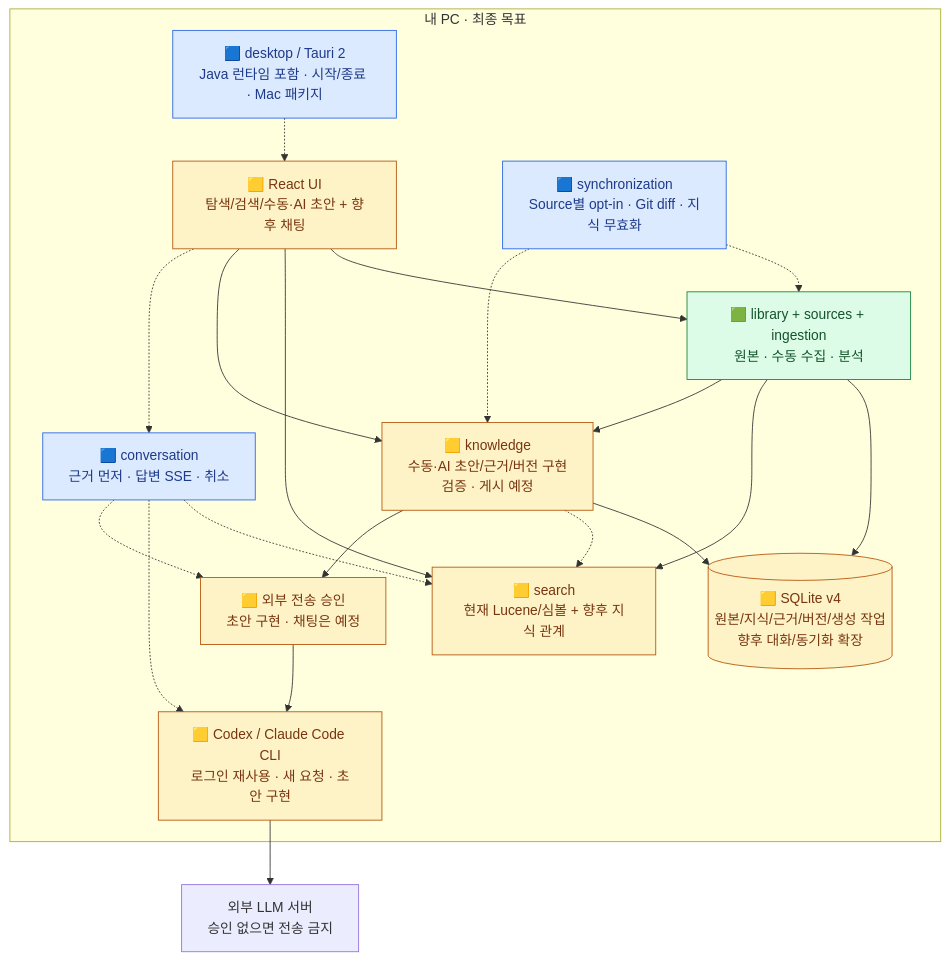
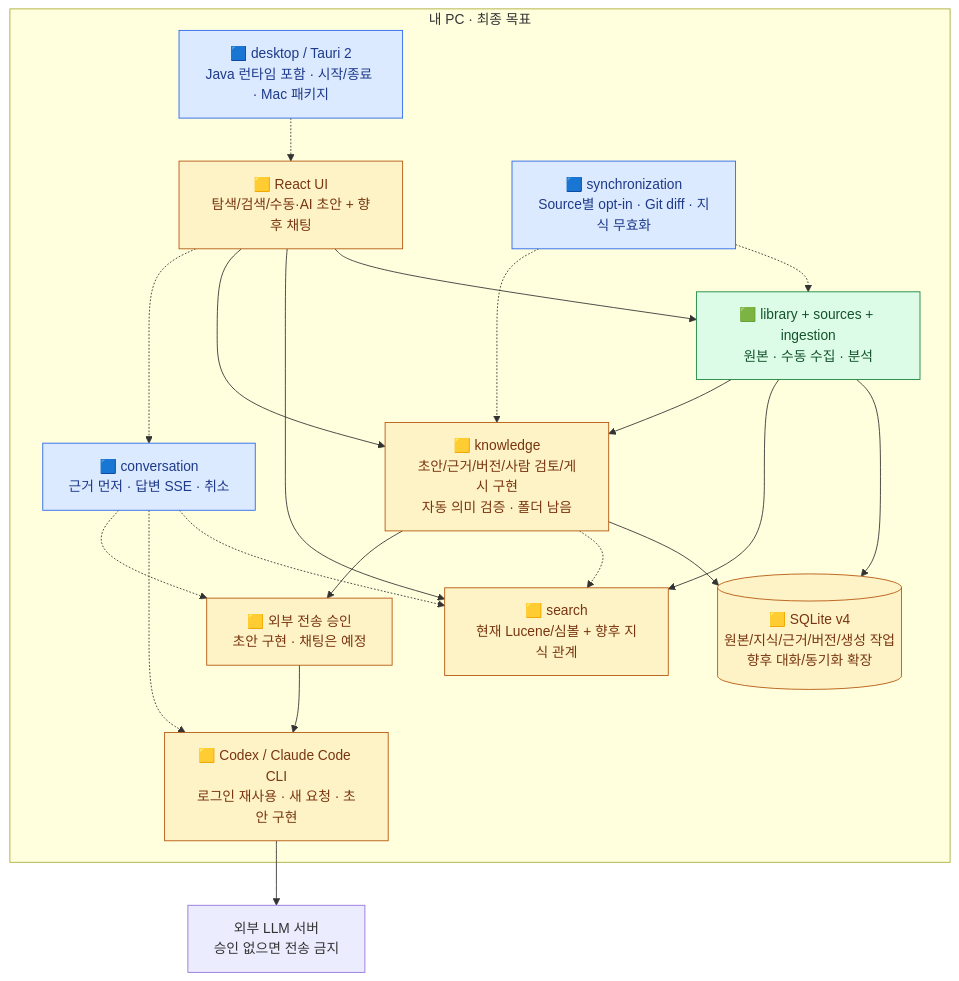
One commit to thisisnew/dougle changed the third of 5 diagrams in docs/design-map.md. Above: the diagram before and after it, drawn with Mermaid. The commit also changed other lines of this file and 24 other files, not shown here.

````diff
--- a/docs/design-map.md
+++ b/docs/design-map.md
@@ -115,39 +115,39 @@
 ```mermaid
 flowchart TB
     subgraph PC["내 PC · 최종 목표"]
         HOST["🟦 desktop / Tauri 2<br/>Java 런타임 포함 · 시작/종료 · Mac 패키지"]
         UI["🟨 React UI<br/>탐색/검색/수동·AI 초안 + 향후 채팅"]
         RAW["🟩 library + sources + ingestion<br/>원본 · 수동 수집 · 분석"]
         RET["🟨 search<br/>현재 Lucene/심볼 + 향후 지식 관계"]
-        KNOW["🟨 knowledge<br/>수동·AI 초안/근거/버전 구현<br/>검증 · 게시 예정"]
+        KNOW["🟨 knowledge<br/>초안/근거/버전/사람 검토/게시 구현<br/>자동 의미 검증 · 폴더 남음"]
         CHAT["🟦 conversation<br/>근거 먼저 · 답변 SSE · 취소"]
         SYNC["🟦 synchronization<br/>Source별 opt-in · Git diff · 지식 무효화"]
         SQL[("🟨 SQLite v4<br/>원본/지식/근거/버전/생성 작업<br/>향후 대화/동기화 확장")]
         MODEL["🟨 Codex / Claude Code CLI<br/>로그인 재사용 · 새 요청 · 초안 구현"]
         POLICY["🟨 외부 전송 승인<br/>초안 구현 · 채팅은 예정"]
         HOST -.-> UI
         UI --> RAW
         UI --> RET
         UI --> KNOW
         UI -.-> CHAT
         RAW --> SQL
         RAW --> RET
         RAW --> KNOW
         KNOW --> SQL
         KNOW -.-> RET
         POLICY --> MODEL
         CHAT -.-> RET
         CHAT -.-> MODEL
         CHAT -.-> POLICY
         KNOW --> POLICY
         SYNC -.-> RAW
         SYNC -.-> KNOW
     end
     MODEL --> EXT["외부 LLM 서버<br/>승인 없으면 전송 금지"]
     classDef done fill:#dcfce7,stroke:#15803d,color:#14532d
     classDef partial fill:#fef3c7,stroke:#b45309,color:#78350f
     classDef planned fill:#dbeafe,stroke:#2563eb,color:#1e3a8a
     class RAW done
     class UI,RET,SQL,KNOW,MODEL,POLICY partial
     class HOST,CHAT,SYNC planned
 ```
````
